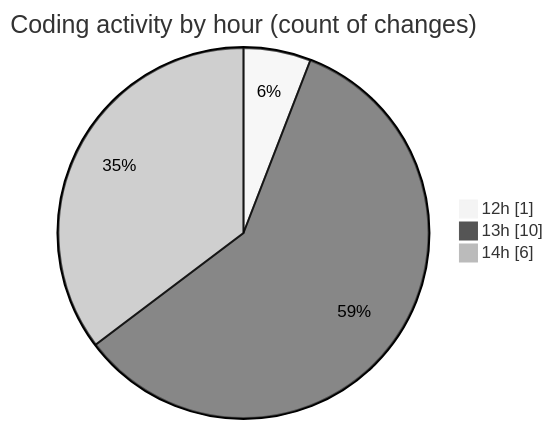
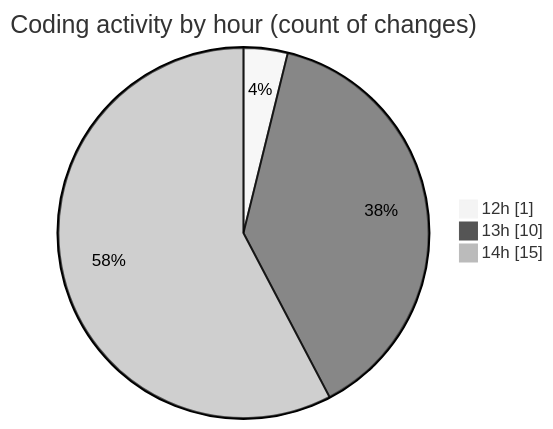
One commit to charlie-sans/code-tracking changed the second of 2 diagrams in 2025-04-29/uhigh-lang/README.md. Above: the diagram before and after it, drawn with Mermaid (neutral theme). The commit also changed other lines of this file and 1 other file, not shown here.

````diff
--- a/2025-04-29/uhigh-lang/README.md
+++ b/2025-04-29/uhigh-lang/README.md
@@ -36,7 +37,7 @@
 ```mermaid
 pie showData
 title Coding activity by hour (count of changes)
 "12h" : 1
 "13h" : 10
-"14h" : 6
+"14h" : 15
 ```
````
